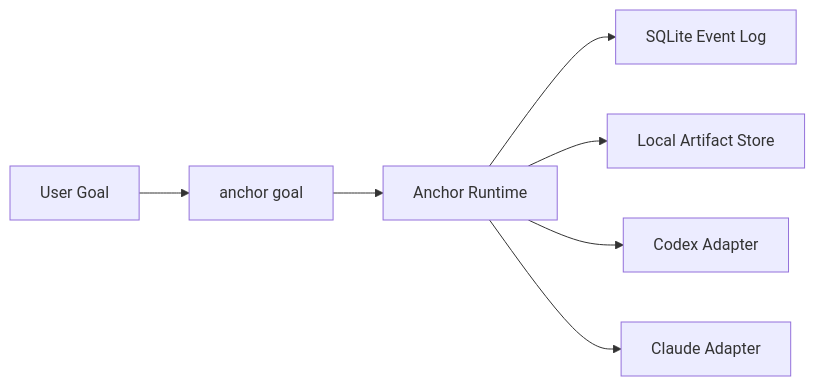
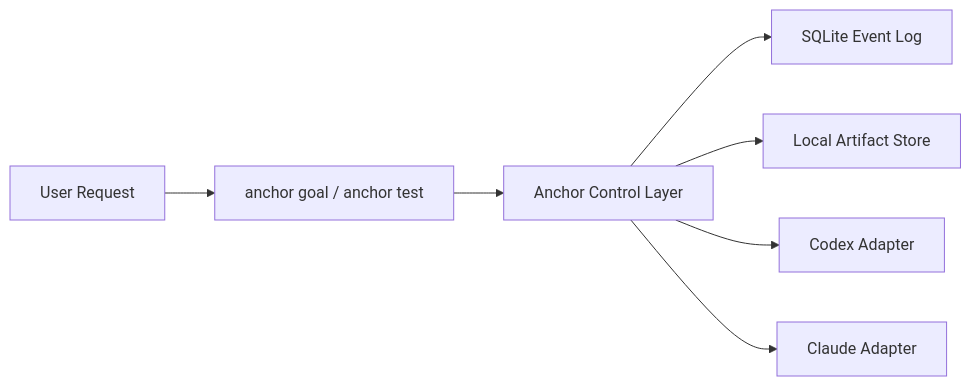
One commit to davaded/Anchor changed the diagram in README.md. Above: the diagram before and after it, drawn with Mermaid. The commit also changed other lines of this file and 30 other files, not shown here.

Commit message:
Refactor Anchor into skill-first goal and test workflows

````diff
--- a/README.md
+++ b/README.md
@@ -63,9 +66,9 @@
 ```mermaid
 flowchart LR
-  U["User Goal"] --> W["anchor goal"]
-  W --> R["Anchor Runtime"]
+  U["User Request"] --> W["anchor goal / anchor test"]
+  W --> R["Anchor Control Layer"]
   R --> S["SQLite Event Log"]
   R --> A["Local Artifact Store"]
   R --> C["Codex Adapter"]
   R --> L["Claude Adapter"]
 ```
````
